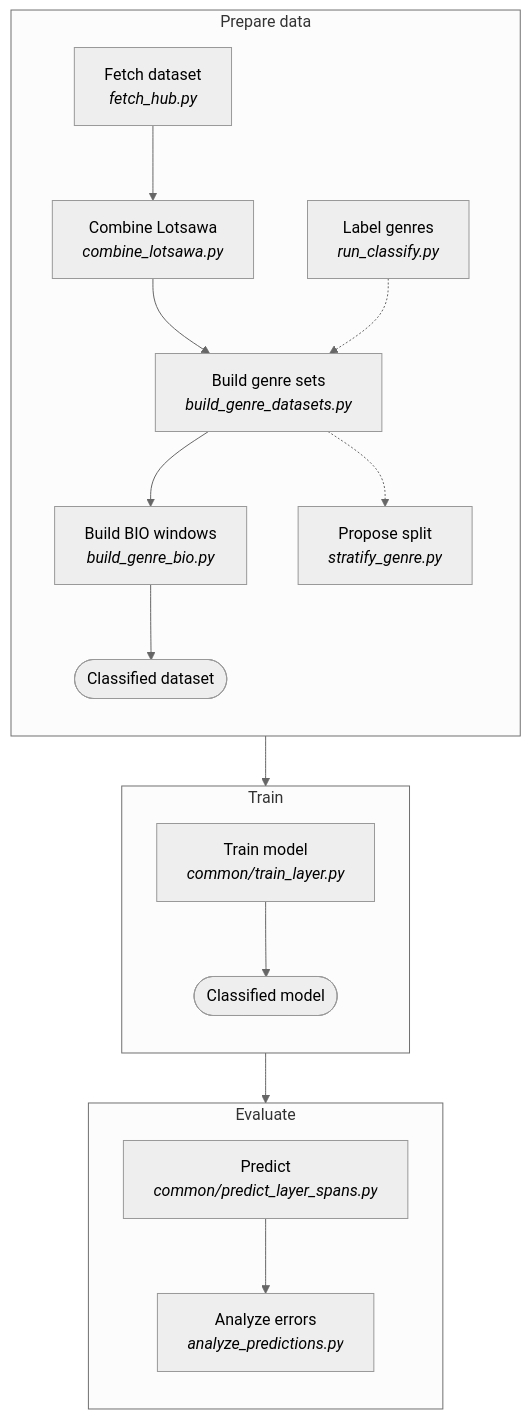
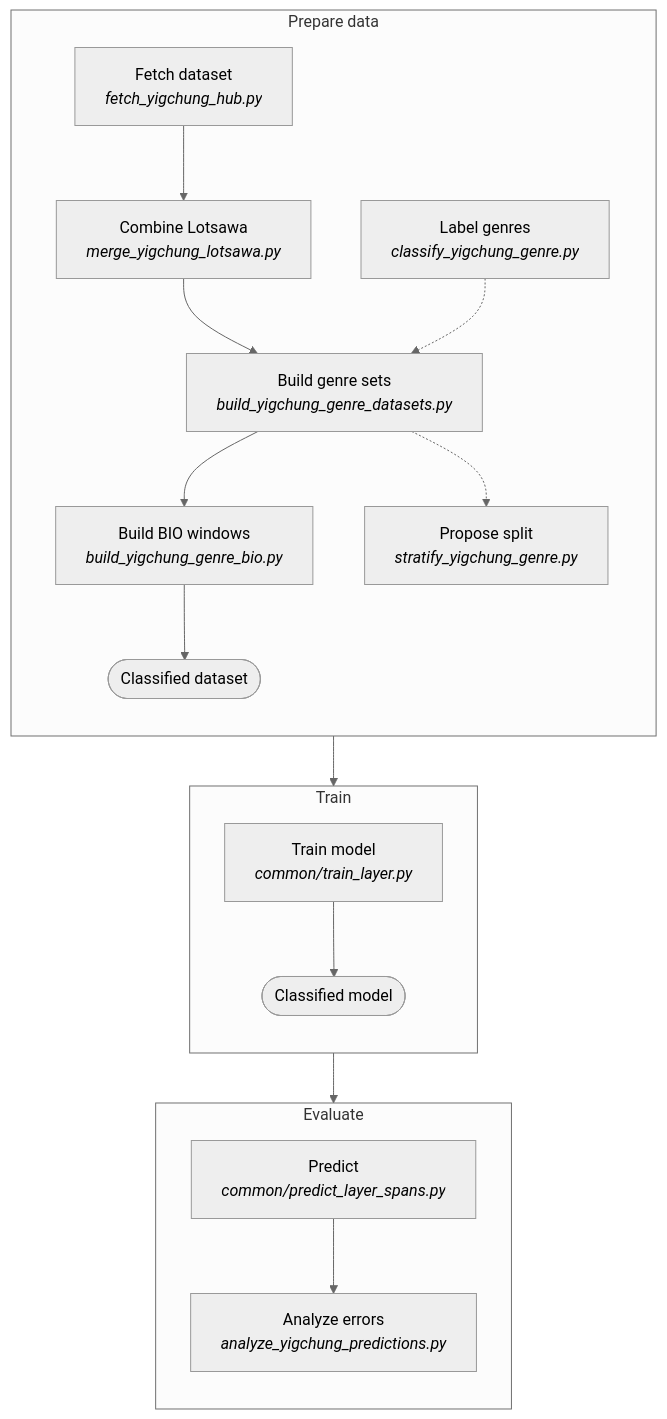
One commit to tenzinyonten/tibetan-layer-detection changed the second of 2 diagrams in yigchung/README.md. Above: the diagram before and after it, drawn with Mermaid (neutral theme). The commit also changed other lines of this file and 161 other files, not shown here.

````diff
--- a/yigchung/README.md
+++ b/yigchung/README.md
@@ -64,22 +64,22 @@
 ```mermaid
 flowchart TD
   subgraph PREP["Prepare data"]
     direction TB
-    S1["Fetch dataset<br/><i>fetch_hub.py</i>"] --> S2["Combine Lotsawa<br/><i>combine_lotsawa.py</i>"]
-    S2 --> S3["Build genre sets<br/><i>build_genre_datasets.py</i>"]
-    S3 --> S4["Build BIO windows<br/><i>build_genre_bio.py</i>"]
+    S1["Fetch dataset<br/><i>fetch_yigchung_hub.py</i>"] --> S2["Combine Lotsawa<br/><i>merge_yigchung_lotsawa.py</i>"]
+    S2 --> S3["Build genre sets<br/><i>build_yigchung_genre_datasets.py</i>"]
+    S3 --> S4["Build BIO windows<br/><i>build_yigchung_genre_bio.py</i>"]
     S4 --> F1(["Classified dataset"])
-    S0["Label genres<br/><i>run_classify.py</i>"] -.-> S3
-    S3 -.-> S5["Propose split<br/><i>stratify_genre.py</i>"]
+    S0["Label genres<br/><i>classify_yigchung_genre.py</i>"] -.-> S3
+    S3 -.-> S5["Propose split<br/><i>stratify_yigchung_genre.py</i>"]
   end
   subgraph TRAIN["Train"]
     direction TB
     T1["Train model<br/><i>common/train_layer.py</i>"] --> F2(["Classified model"])
   end
   subgraph EVAL["Evaluate"]
     direction TB
-    E1["Predict<br/><i>common/predict_layer_spans.py</i>"] --> E2["Analyze errors<br/><i>analyze_predictions.py</i>"]
+    E1["Predict<br/><i>common/predict_layer_spans.py</i>"] --> E2["Analyze errors<br/><i>analyze_yigchung_predictions.py</i>"]
   end
   PREP --> TRAIN
   TRAIN --> EVAL
 ```
````
